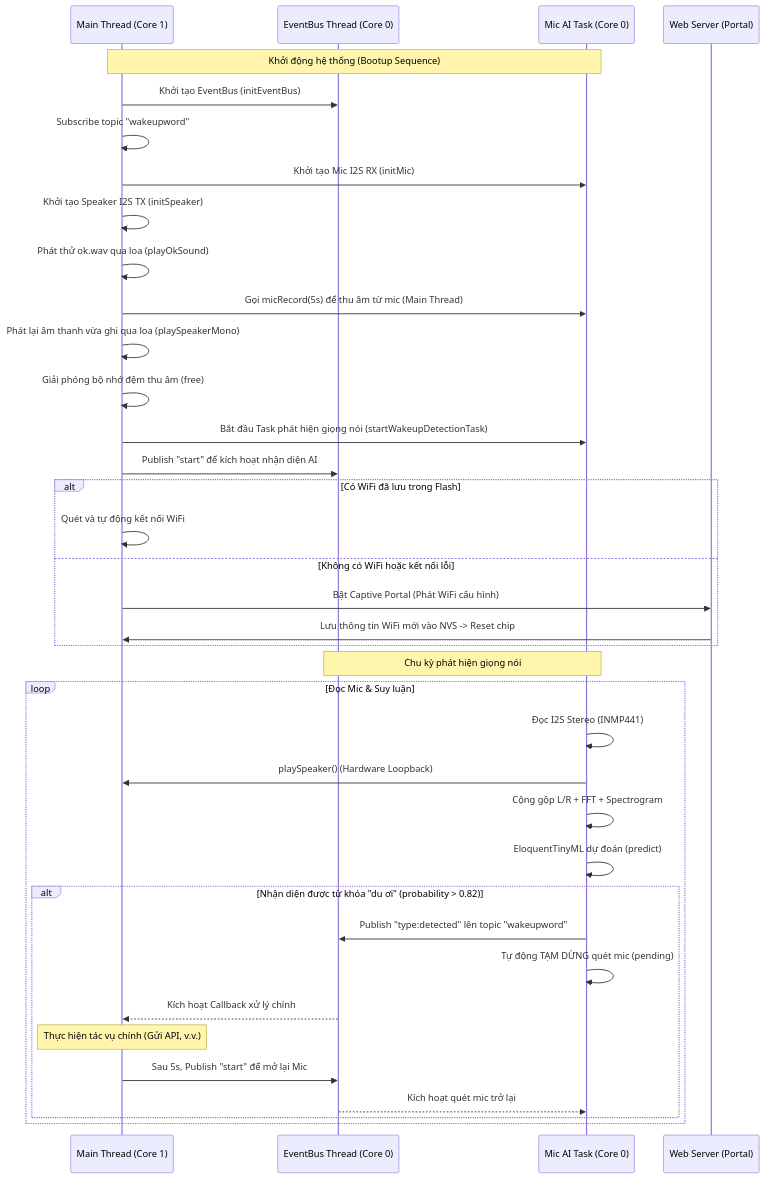
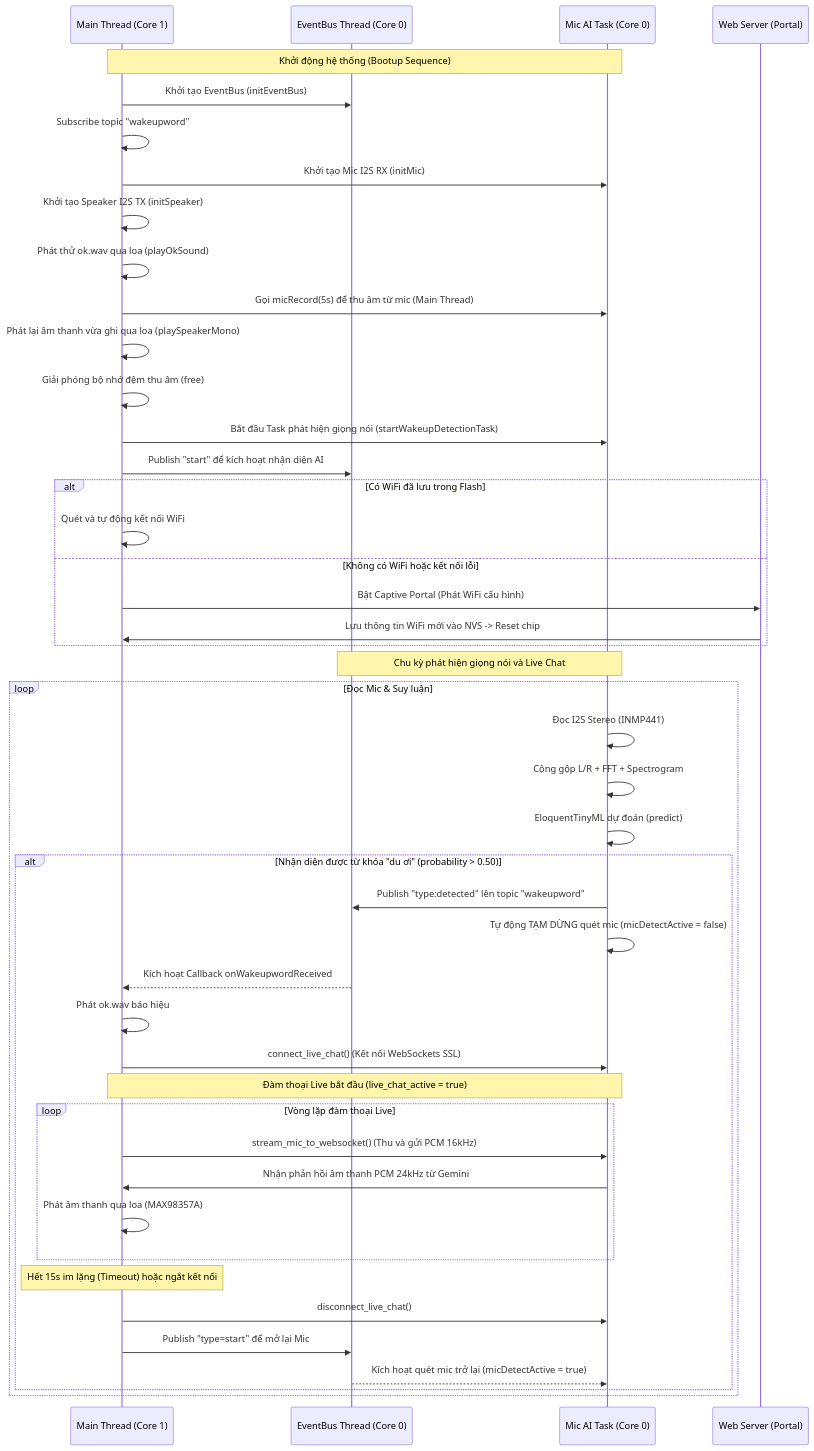
One commit to badpaybad/a.i-assistant-chatbot-telegram-serverles changed the diagram in esp32/howtodo.md. Above: the diagram before and after it, drawn with Mermaid. The commit also changed other lines of this file and 10 other files, not shown here.

````diff
--- a/esp32/howtodo.md
+++ b/esp32/howtodo.md
@@ -25,42 +25,50 @@
 ```mermaid
 sequenceDiagram
     participant Main as Main Thread (Core 1)
     participant Bus as EventBus Thread (Core 0)
     participant Mic as Mic AI Task (Core 0)
     participant Web as Web Server (Portal)
 
     Note over Main, Mic: Khởi động hệ thống (Bootup Sequence)
     Main->>Bus: Khởi tạo EventBus (initEventBus)
     Main->>Main: Subscribe topic "wakeupword"
     Main->>Mic: Khởi tạo Mic I2S RX (initMic)
     Main->>Main: Khởi tạo Speaker I2S TX (initSpeaker)
     Main->>Main: Phát thử ok.wav qua loa (playOkSound)
     Main->>Mic: Gọi micRecord(5s) để thu âm từ mic (Main Thread)
     Main->>Main: Phát lại âm thanh vừa ghi qua loa (playSpeakerMono)
     Main->>Main: Giải phóng bộ nhớ đệm thu âm (free)
     Main->>Mic: Bắt đầu Task phát hiện giọng nói (startWakeupDetectionTask)
     Main->>Bus: Publish "start" để kích hoạt nhận diện AI
 
     alt Có WiFi đã lưu trong Flash
         Main->>Main: Quét và tự động kết nối WiFi
     else Không có WiFi hoặc kết nối lỗi
         Main->>Web: Bật Captive Portal (Phát WiFi cấu hình)
         Web->>Main: Lưu thông tin WiFi mới vào NVS -> Reset chip
     end
 
-    Note over Mic, Bus: Chu kỳ phát hiện giọng nói
+    Note over Mic, Bus: Chu kỳ phát hiện giọng nói và Live Chat
     loop Đọc Mic & Suy luận
         Mic->>Mic: Đọc I2S Stereo (INMP441)
-        Mic->>Main: playSpeaker() (Hardware Loopback)
         Mic->>Mic: Cộng gộp L/R + FFT + Spectrogram
         Mic->>Mic: EloquentTinyML dự đoán (predict)
-        alt Nhận diện được từ khóa "du ơi" (probability > 0.82)
+        alt Nhận diện được từ khóa "du ơi" (probability > 0.50)
             Mic->>Bus: Publish "type:detected" lên topic "wakeupword"
-            Mic->>Mic: Tự động TẠM DỪNG quét mic (pending)
-            Bus-->>Main: Kích hoạt Callback xử lý chính
-            Note over Main: Thực hiện tác vụ chính (Gửi API, v.v.)
-            Main->>Bus: Sau 5s, Publish "start" để mở lại Mic
-            Bus-->>Mic: Kích hoạt quét mic trở lại
+            Mic->>Mic: Tự động TẠM DỪNG quét mic (micDetectActive = false)
+            Bus-->>Main: Kích hoạt Callback onWakeupwordReceived
+            Main->>Main: Phát ok.wav báo hiệu
+            Main->>Mic: connect_live_chat() (Kết nối WebSockets SSL)
+            Note over Main, Mic: Đàm thoại Live bắt đầu (live_chat_active = true)
+            loop Vòng lặp đàm thoại Live
+                Main->>Mic: stream_mic_to_websocket() (Thu và gửi PCM 16kHz)
+                Mic->>Main: Nhận phản hồi âm thanh PCM 24kHz từ Gemini
+                Main->>Main: Phát âm thanh qua loa (MAX98357A)
+            end
+            Note over Main: Hết 15s im lặng (Timeout) hoặc ngắt kết nối
+            Main->>Mic: disconnect_live_chat()
+            Main->>Bus: Publish "type=start" để mở lại Mic
+            Bus-->>Mic: Kích hoạt quét mic trở lại (micDetectActive = true)
         end
     end
 ```
````
